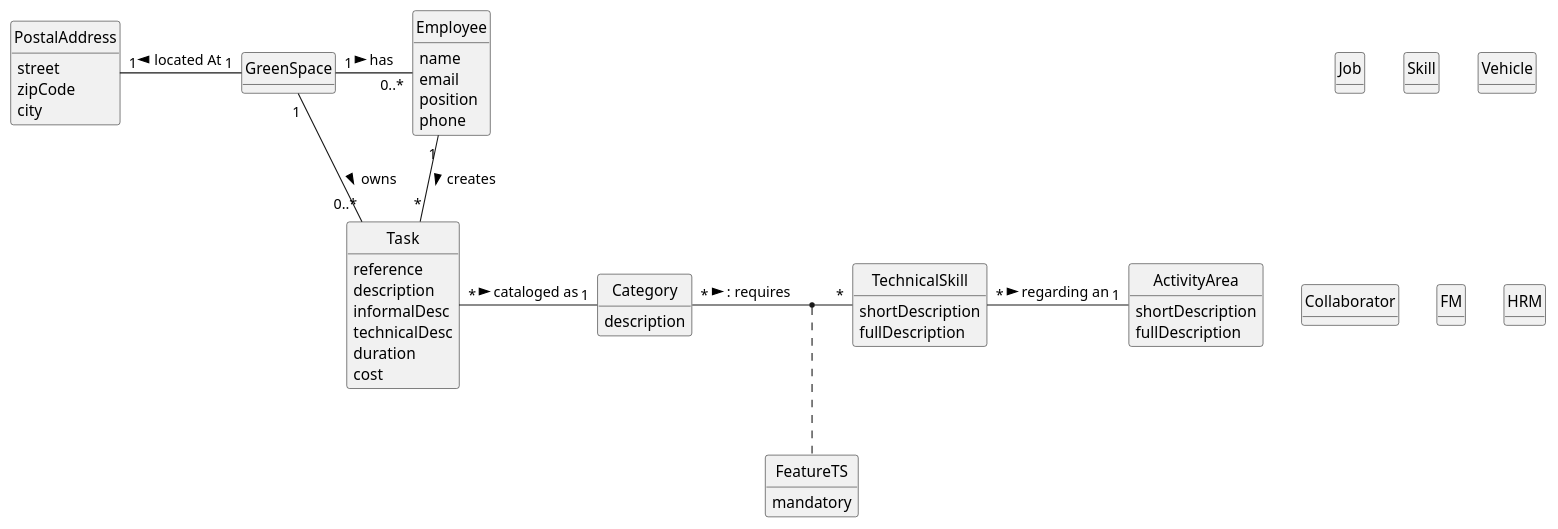
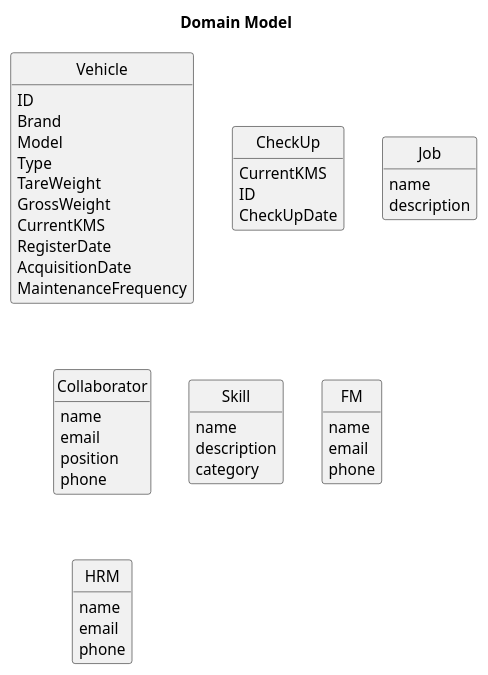
One commit to daniel41silva05/ISEP_2023_2024_LAPR2 changed the diagram in docs/sprintA/global-artifacts/02.analysis/puml/project-domain-model.puml. Above: the diagram before and after it, drawn with PlantUML.

Commit message:
Update Domain Model

```diff
--- a/docs/sprintA/global-artifacts/02.analysis/puml/project-domain-model.puml
+++ b/docs/sprintA/global-artifacts/02.analysis/puml/project-domain-model.puml
@@ -1,89 +1,84 @@
 @startuml
 skinparam monochrome true
 skinparam packageStyle rectangle
 skinparam shadowing false
 'skinparam linetype ortho
 'left to right direction
 skinparam classAttributeIconSize 0
 hide circle
 hide methods
 
-'title Domain Model
+title Domain Model
 
-'class Platform {
-'  -description
-'}
-
-class GreenSpace {
+class Vehicle{
+    ID
+    Brand
+    Model
+    Type
+    TareWeight
+    GrossWeight
+    CurrentKMS
+    RegisterDate
+    AcquisitionDate
+    MaintenanceFrequency
 }
 
-class Task {
-    reference
-    description
-    informalDesc
-    technicalDesc
-    duration
-    cost
+class CheckUp {
+    CurrentKMS
+    ID
+    CheckUpDate
 }
 
-class Category {
+class Job {
+    name
     description
 }
 
-class Employee {
+
+class Collaborator {
     name
     email
     position
     phone
 }
 
-class TechnicalSkill{
-    shortDescription
-    fullDescription
-}
-
-class ActivityArea{
-    shortDescription
-    fullDescription
-}
-
-class FeatureTS{
-    mandatory
-}
-
-class PostalAddress{
-    street
-    zipCode
-    city
-}
 
 class Job {
 }
 
 class Skill {
+    name
+    description
+    category
 }
 
 class Vehicle {
 }
 
 class Collaborator {
 }
 
 class FM {
+    name
+    email
+    phone
 }
 
 class HRM {
+   name
+   email
+   phone
 }
 
-GreenSpace "1" - "0..*" Employee : has >
-GreenSpace "1" - "0..*" Task: owns >
-Employee "1" -- "*" Task : creates >
-Task "*" - "1" Category: cataloged as >
-TechnicalSkill "*" - "1" ActivityArea: regarding an >
+'GreenSpace "1" - "0..*" Employee : has >
+'GreenSpace "1" - "0..*" Task: owns >
+'Employee "1" -- "*" Task : creates >
+'Task "*" - "1" Category: catalogedas >
+'TechnicalSkill "*" - "1" ActivityArea: regarding an >
 
-Category "*" - "*" TechnicalSkill :  : requires >
-(Category, TechnicalSkill) . FeatureTS
-
-GreenSpace "1" -left "1" PostalAddress : located At >
+'Category "*" - "*" TechnicalSkill :  : requires >
+'(Category, TechnicalSkill) . FeatureTS
+'
+'GreenSpace "1" -left "1" PostalAddress : located At >
 
 @enduml
```
